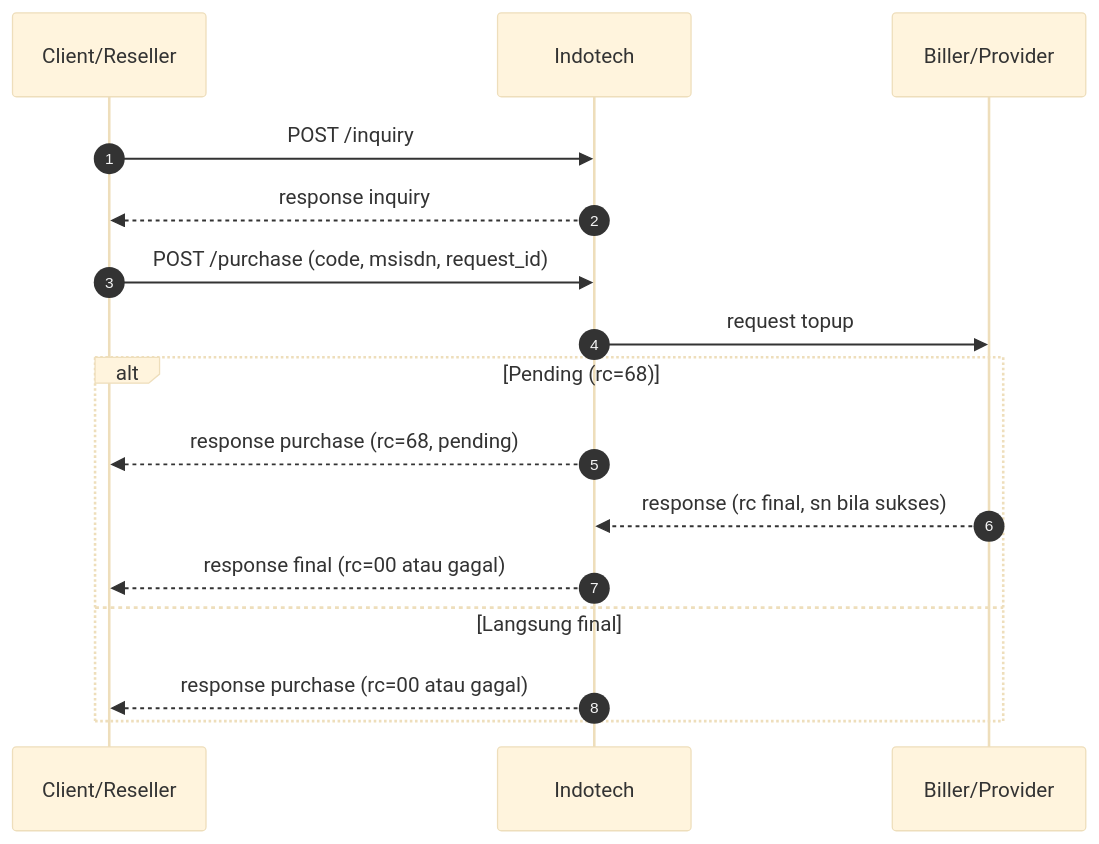
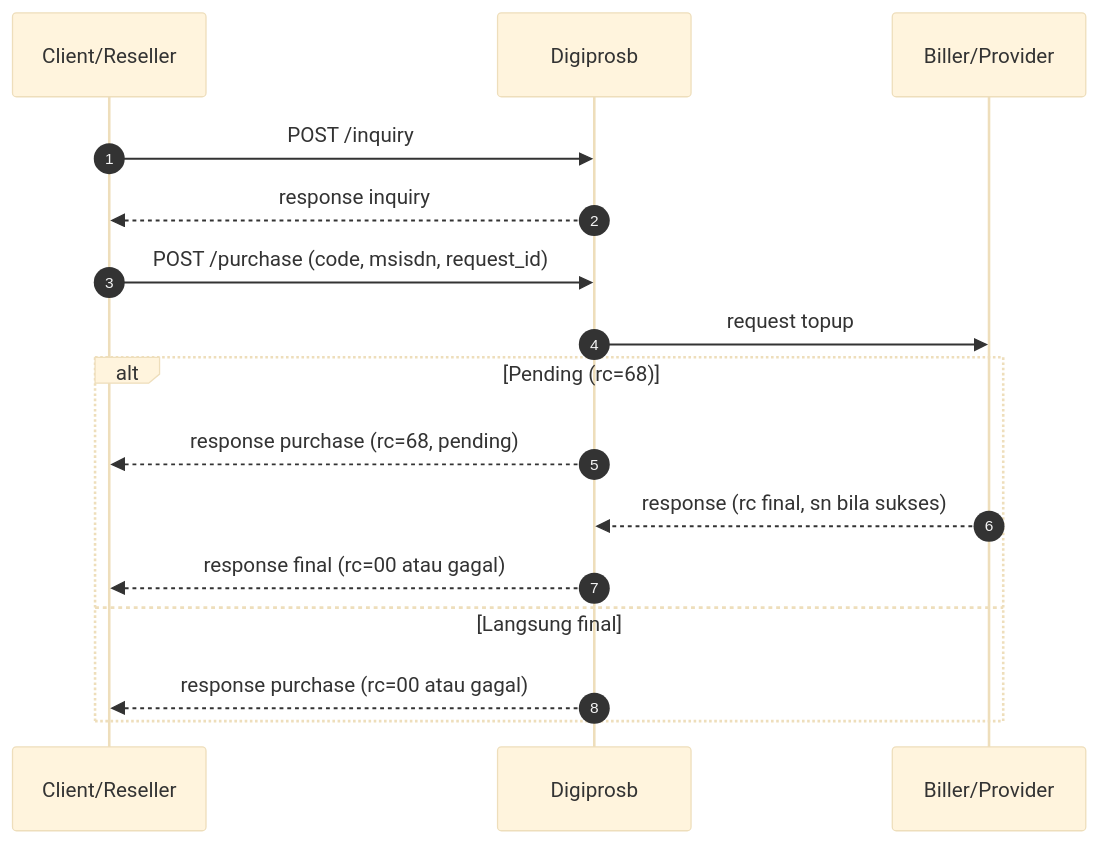
Before and after one commit to digiprosb/digiprosb-api-documentation: the diagram in doc/transaksi-direct/payment-with-inquiry.md, drawn with Mermaid (base theme). The commit also changed 16 other files, not shown here.

````diff
--- a/doc/transaksi-direct/payment-with-inquiry.md
+++ b/doc/transaksi-direct/payment-with-inquiry.md
@@ -24,20 +24,20 @@
 ```mermaid
 sequenceDiagram
   autonumber
   participant Client as Client/Reseller
-  participant Indotech as Indotech
+  participant Digiprosb as Digiprosb
   participant Biller as Biller/Provider
 
-  Client->>Indotech: POST /inquiry
-  Indotech-->>Client: response inquiry
+  Client->>Digiprosb: POST /inquiry
+  Digiprosb-->>Client: response inquiry
 
-  Client->>Indotech: POST /purchase (code, msisdn, request_id)
-  Indotech->>Biller: request topup
+  Client->>Digiprosb: POST /purchase (code, msisdn, request_id)
+  Digiprosb->>Biller: request topup
   alt Pending (rc=68)
-    Indotech-->>Client: response purchase (rc=68, pending)
-    Biller-->>Indotech: response (rc final, sn bila sukses)
-    Indotech-->>Client: response final (rc=00 atau gagal)
+    Digiprosb-->>Client: response purchase (rc=68, pending)
+    Biller-->>Digiprosb: response (rc final, sn bila sukses)
+    Digiprosb-->>Client: response final (rc=00 atau gagal)
   else Langsung final
-    Indotech-->>Client: response purchase (rc=00 atau gagal)
+    Digiprosb-->>Client: response purchase (rc=00 atau gagal)
   end
 ```
````
